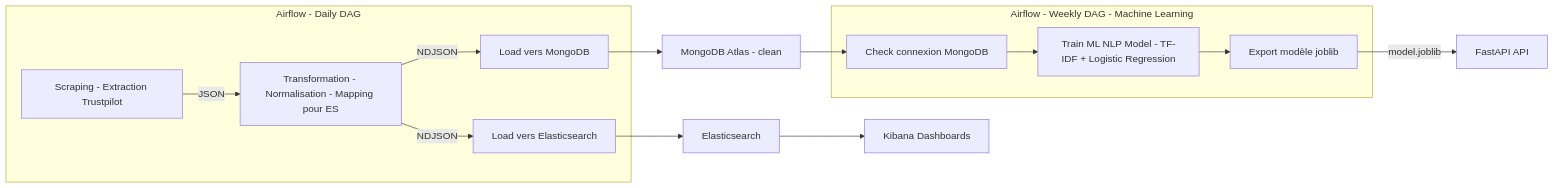
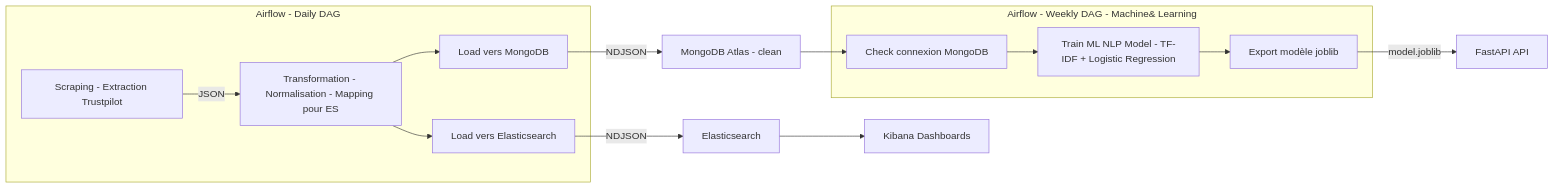
Before and after one commit to AbderraoufBou14/trustpilot-sentiment-data-pipeline: the diagram in README.md, drawn with Mermaid.

Commit message:
Update data flow representation in README

````diff
--- a/README.md
+++ b/README.md
@@ -27,34 +27,34 @@
 ```mermaid
 flowchart LR
     %% --- Daily DAG ---
     subgraph D[Airflow - Daily DAG]
         D1[Scraping - Extraction Trustpilot]
         D2[Transformation - Normalisation - Mapping pour ES]
         D3[Load vers MongoDB]
         D4[Load vers Elasticsearch]
         D1 --> |JSON| D2
-        D2 --> |NDJSON| D3
-        D2 --> |NDJSON| D4
+        D2 --> D3
+        D2 --> D4
     end
 
     %% --- Weekly DAG ---
-    subgraph W[Airflow - Weekly DAG - Machine Learning]
+    subgraph subgraph W[Airflow - Weekly DAG - Machine&#160;Learning]
         W1[Check connexion MongoDB]
         W2[Train ML NLP Model - TF-IDF + Logistic Regression]
         W3[Export modèle joblib]
         W1 --> W2 --> W3
     end
 
     %% --- Bases et services ---
     M[MongoDB Atlas - clean]
     E[Elasticsearch]
     G[FastAPI API]
     K[Kibana Dashboards]
 
     %% --- Flux de données ---
-    D3 --> M
-    D4 --> E
+    D3 --> |NDJSON| M
+    D4 --> |NDJSON| E
     M --> W1
     W3 --> |model.joblib| G
     E --> K
 ```
````
